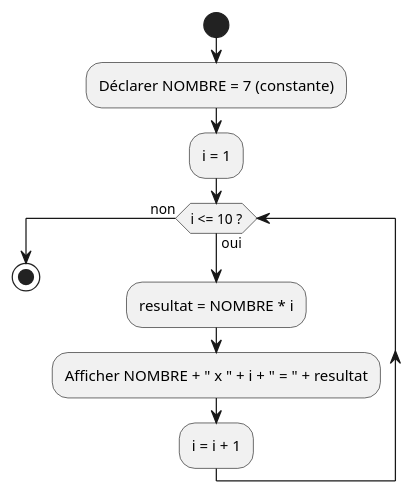
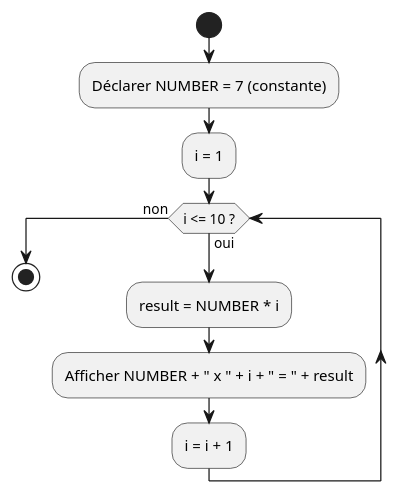
The ninth of 12 diagrams in 04.02-variables-constantes/02-exercices/README.md (HEIG-VD-Prog-Course/HEIG-VD-ProgIM-Course), drawn with PlantUML before and after one commit. The commit also changed other lines of this file and 1 other file, not shown here.

````diff
--- a/04.02-variables-constantes/02-exercices/README.md
+++ b/04.02-variables-constantes/02-exercices/README.md
@@ -653,13 +653,13 @@
 ```plantuml
 @startuml
 start
-:Déclarer NOMBRE = 7 (constante);
+:Déclarer NUMBER = 7 (constante);
 :i = 1;
 while (i <= 10 ?) is (oui)
-  :resultat = NOMBRE * i;
-  :Afficher NOMBRE + " x " + i + " = " + resultat;
+  :result = NUMBER * i;
+  :Afficher NUMBER + " x " + i + " = " + result;
   :i = i + 1;
 endwhile (non)
 stop
 @enduml
 ```
````
